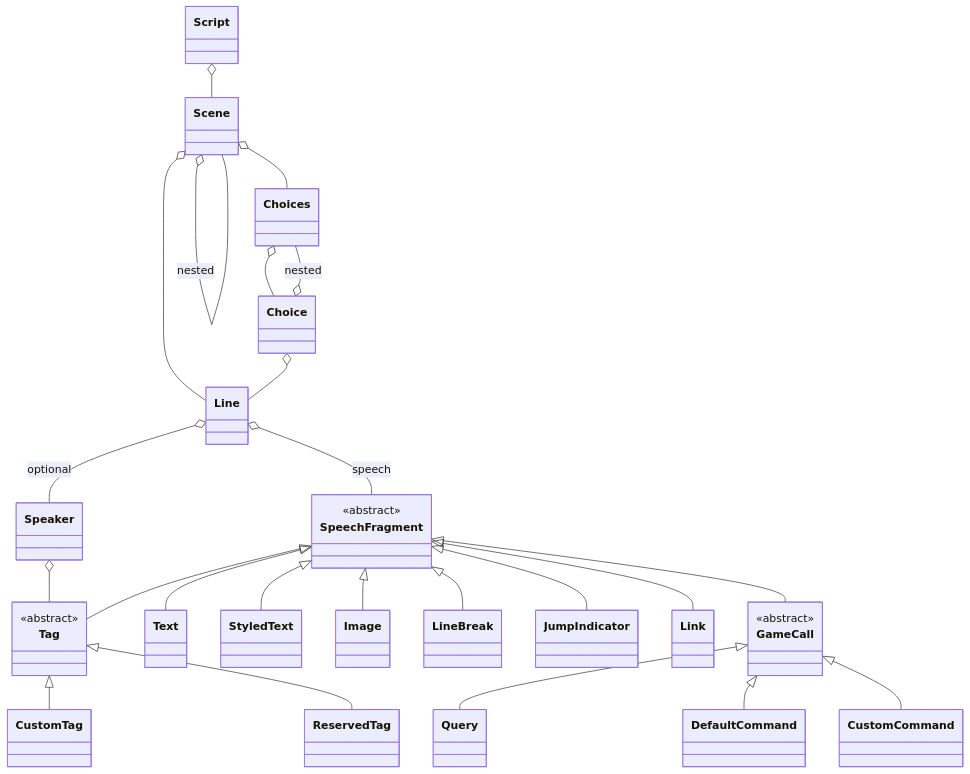
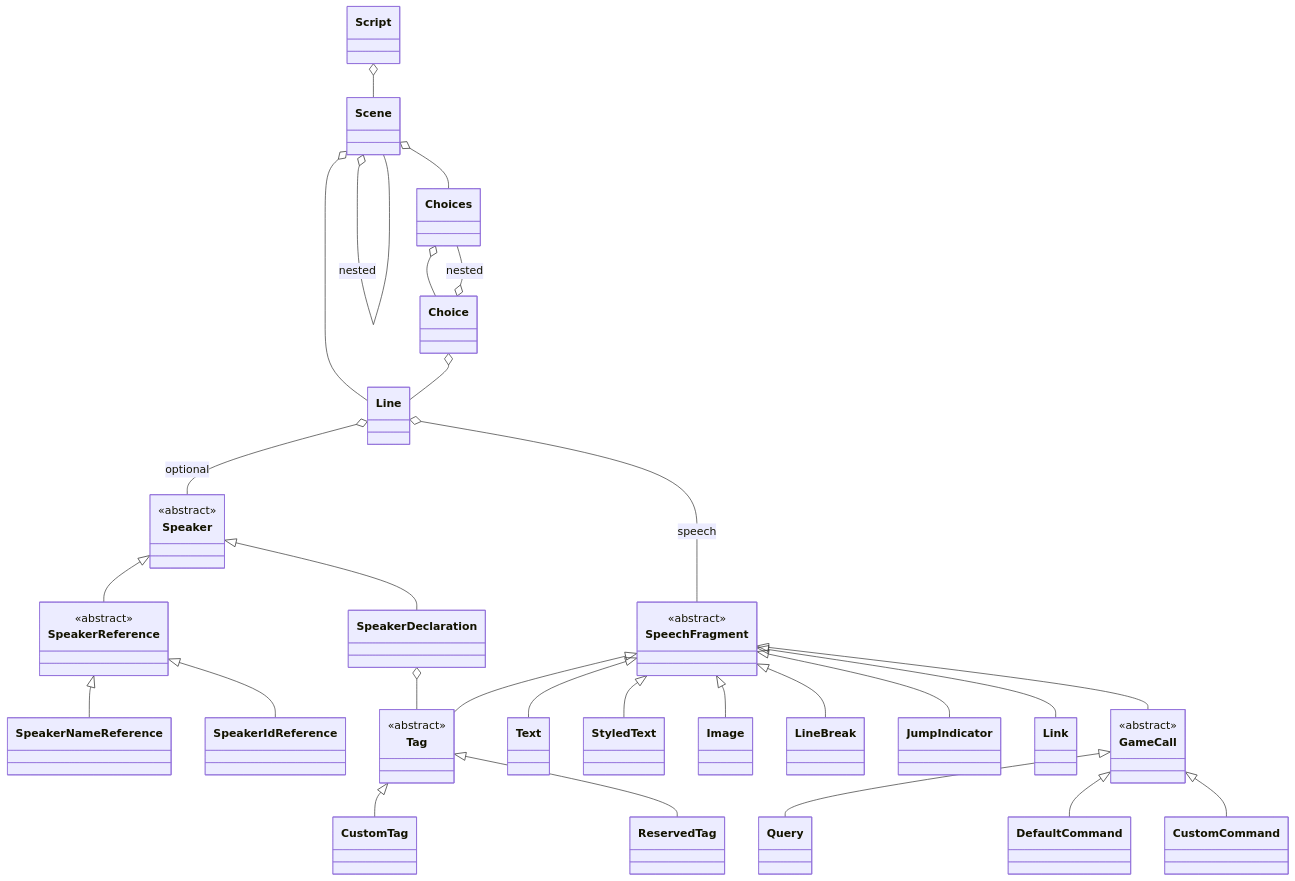
Before and after one commit to pengzhengyi/godot-dialoguedown: the second of 2 diagrams in docs/Implementation Notes/Markdown to Dialogue AST Transpiler.md, drawn with Mermaid. The commit also changed other lines of this file, not shown here.

First line of the commit message:
docs(transpiler): split Speaker into declaration and reference

````diff
--- a/docs/Implementation Notes/Markdown to Dialogue AST Transpiler.md
+++ b/docs/Implementation Notes/Markdown to Dialogue AST Transpiler.md
@@ -186,54 +192,66 @@
 ```mermaid
 classDiagram
     class Script
     class Scene
     class Line
-    class Speaker
+    class Speaker {
+        <<abstract>>
+    }
+    class SpeakerDeclaration
+    class SpeakerReference {
+        <<abstract>>
+    }
+    class SpeakerNameReference
+    class SpeakerIdReference
     class Choices
     class Choice
     class Tag {
         <<abstract>>
     }
     class CustomTag
     class ReservedTag
 
     class SpeechFragment {
         <<abstract>>
     }
     class Text
     class StyledText
     class Image
     class LineBreak
     class JumpIndicator
     class Link
     class GameCall {
         <<abstract>>
     }
     class Query
     class DefaultCommand
     class CustomCommand
 
     Script o-- Scene
     Scene o-- Line
     Scene o-- Choices
     Scene o-- Scene : nested
     Line o-- Speaker : optional
     Line o-- SpeechFragment : speech
     Choices o-- Choice
     Choice o-- Line
     Choice o-- Choices : nested
-    Speaker o-- Tag
+    SpeakerDeclaration o-- Tag
+    Speaker <|-- SpeakerDeclaration
+    Speaker <|-- SpeakerReference
+    SpeakerReference <|-- SpeakerNameReference
+    SpeakerReference <|-- SpeakerIdReference
     SpeechFragment <|-- Text
     SpeechFragment <|-- StyledText
     SpeechFragment <|-- Image
     SpeechFragment <|-- LineBreak
     SpeechFragment <|-- JumpIndicator
     SpeechFragment <|-- Link
     SpeechFragment <|-- Tag
     SpeechFragment <|-- GameCall
     GameCall <|-- Query
     GameCall <|-- DefaultCommand
     GameCall <|-- CustomCommand
     Tag <|-- CustomTag
     Tag <|-- ReservedTag
 ```
````
